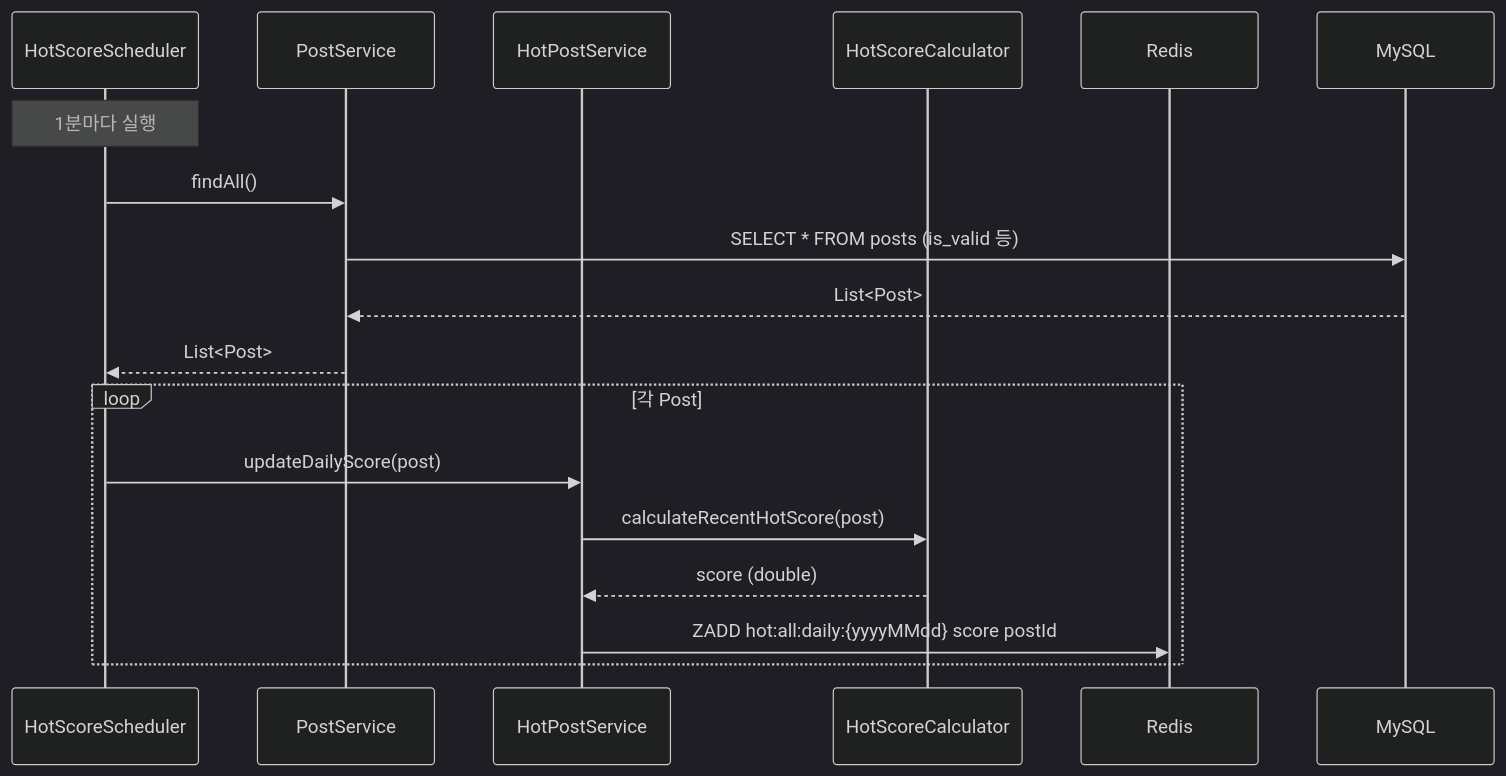
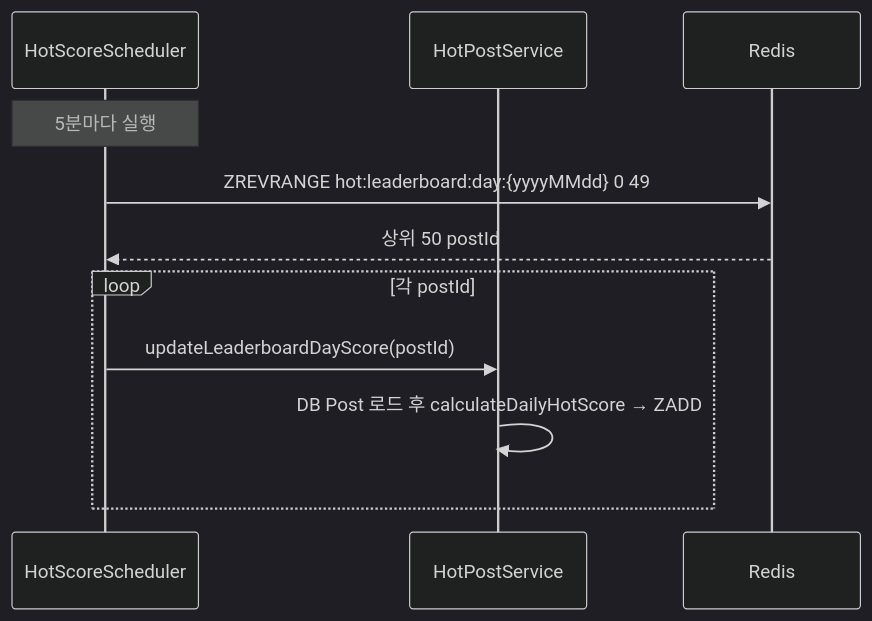
Before and after one commit to JangHyeok2909/highteenday-backend: the second of 5 diagrams in docs/HOT_POST_SYSTEM.md, drawn with Mermaid (dark theme). The commit also changed other lines of this file and 14 other files, not shown here.

First line of the commit message:
refactor: rename HotScore methods and Redis key prefix for clarity

````diff
--- a/docs/HOT_POST_SYSTEM.md
+++ b/docs/HOT_POST_SYSTEM.md
@@ -105,22 +103,15 @@
 ```mermaid
 sequenceDiagram
     participant Scheduler as HotScoreScheduler
-    participant PostSvc as PostService
     participant HotSvc as HotPostService
-    participant Calc as HotScoreCalculator
     participant Redis as Redis
-    participant MySQL as MySQL
 
-    Note over Scheduler: 1분마다 실행
-    Scheduler->>PostSvc: findAll()
-    PostSvc->>MySQL: SELECT * FROM posts (is_valid 등)
-    MySQL-->>PostSvc: List<Post>
-    PostSvc-->>Scheduler: List<Post>
+    Note over Scheduler: 5분마다 실행
+    Scheduler->>Redis: ZREVRANGE hot:leaderboard:day:{yyyyMMdd} 0 49
+    Redis-->>Scheduler: 상위 50 postId
 
-    loop 각 Post
-        Scheduler->>HotSvc: updateDailyScore(post)
-        HotSvc->>Calc: calculateRecentHotScore(post)
-        Calc-->>HotSvc: score (double)
-        HotSvc->>Redis: ZADD hot:all:daily:{yyyyMMdd} score postId
+    loop 각 postId
+        Scheduler->>HotSvc: updateLeaderboardDayScore(postId)
+        HotSvc->>HotSvc: DB Post 로드 후 calculateDailyHotScore → ZADD
     end
 ```
````
